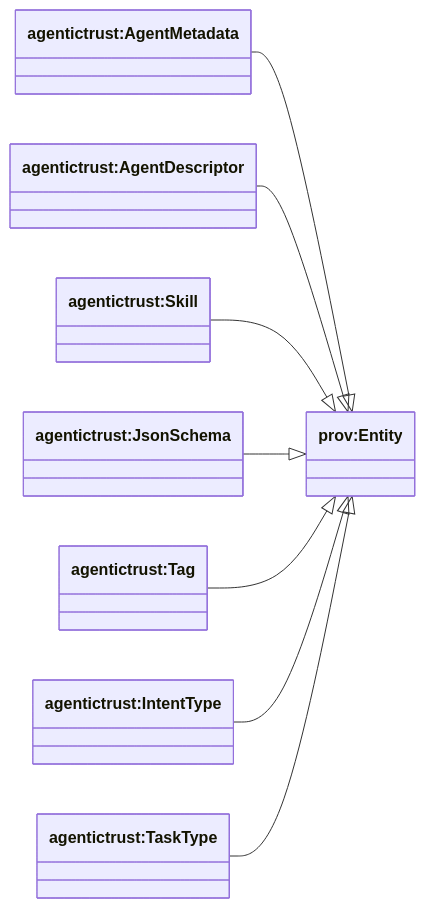
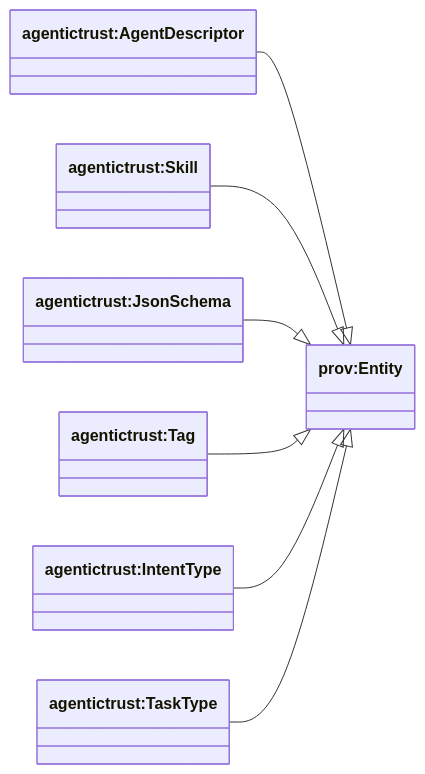
One commit to Agentic-Trust-Layer/agent-explorer changed the first of 2 diagrams in docs/ontology/oasf.md. Above: the diagram before and after it, drawn with Mermaid. The commit also changed other lines of this file and 29 other files, not shown here.

````diff
--- a/docs/ontology/oasf.md
+++ b/docs/ontology/oasf.md
@@ -9,22 +9,20 @@
 ```mermaid
 classDiagram
 direction LR
 
 class provEntity["prov:Entity"]
 
-class AgentMetadata["agentictrust:AgentMetadata"]
 class AgentDescriptor["agentictrust:AgentDescriptor"]
 class Skill["agentictrust:Skill"]
 class JsonSchema["agentictrust:JsonSchema"]
 class Tag["agentictrust:Tag"]
 class IntentType["agentictrust:IntentType"]
 class TaskType["agentictrust:TaskType"]
 
-AgentMetadata --|> provEntity
 AgentDescriptor --|> provEntity
 Skill --|> provEntity
 JsonSchema --|> provEntity
 Tag --|> provEntity
 IntentType --|> provEntity
 TaskType --|> provEntity
 ```
````
